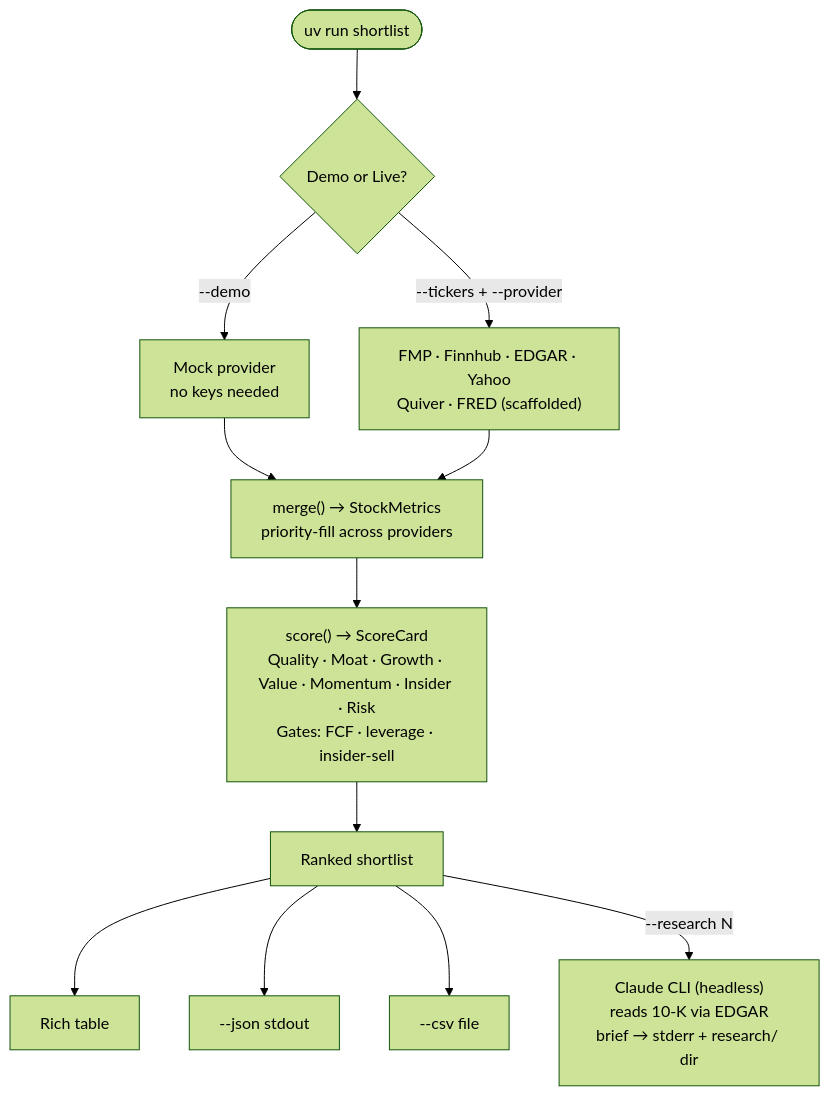
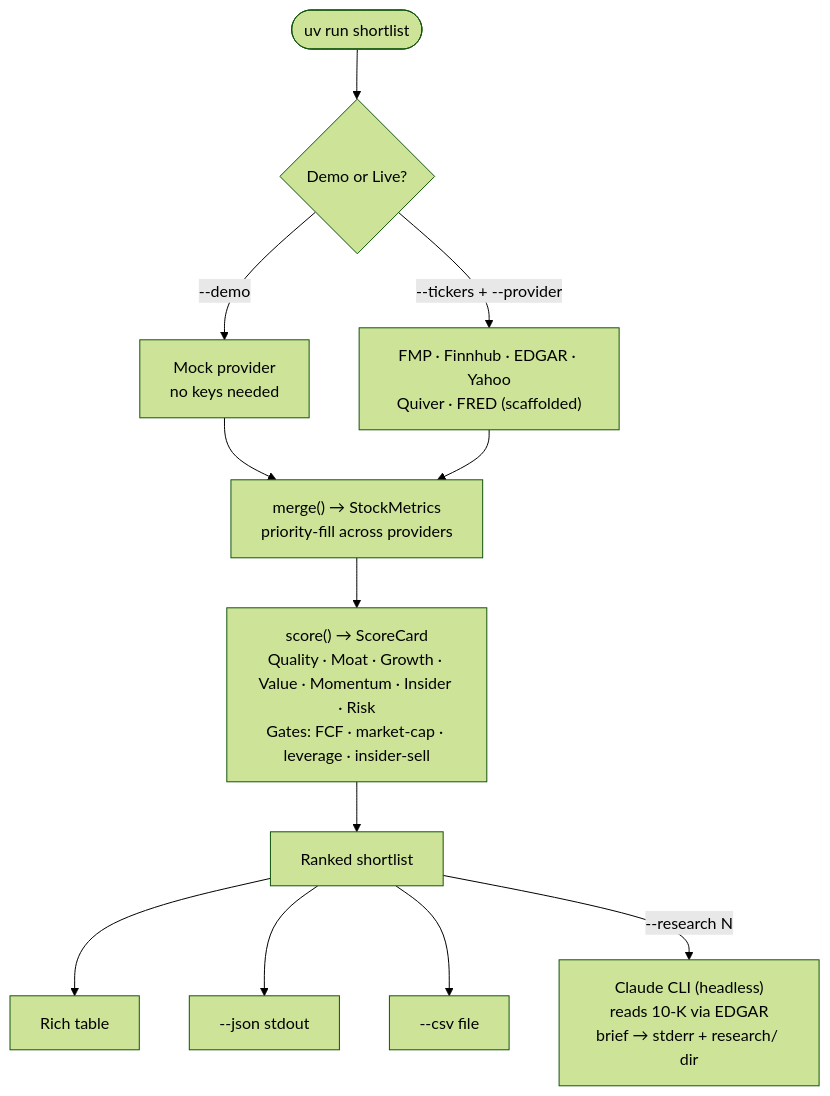
The first of 2 diagrams in README.md (christurgeon/shortlist), drawn with Mermaid (forest theme) before and after one commit. The commit also changed other lines of this file, not shown here.

First line of the commit message:
docs: add FINRA source + market-cap gate to README diagrams

````diff
--- a/README.md
+++ b/README.md
@@ -25,21 +25,21 @@
 ```mermaid
 flowchart TD
     A(["uv run shortlist"])
     A --> B{Demo or Live?}
 
     B -->|"--demo"| C["Mock provider\nno keys needed"]
     B -->|"--tickers + --provider"| D["FMP · Finnhub · EDGAR · Yahoo\nQuiver · FRED (scaffolded)"]
 
     C --> E["merge() → StockMetrics\npriority-fill across providers"]
     D --> E
 
-    E --> F["score() → ScoreCard\nQuality · Moat · Growth · Value · Momentum · Insider · Risk\nGates: FCF · leverage · insider-sell"]
+    E --> F["score() → ScoreCard\nQuality · Moat · Growth · Value · Momentum · Insider · Risk\nGates: FCF · market-cap · leverage · insider-sell"]
 
     F --> G[Ranked shortlist]
 
     G --> I[Rich table]
     G --> J["--json stdout"]
     G --> K["--csv file"]
 
     G -->|"--research N"| H["Claude CLI (headless)\nreads 10-K via EDGAR\nbrief → stderr + research/ dir"]
 ```
````
